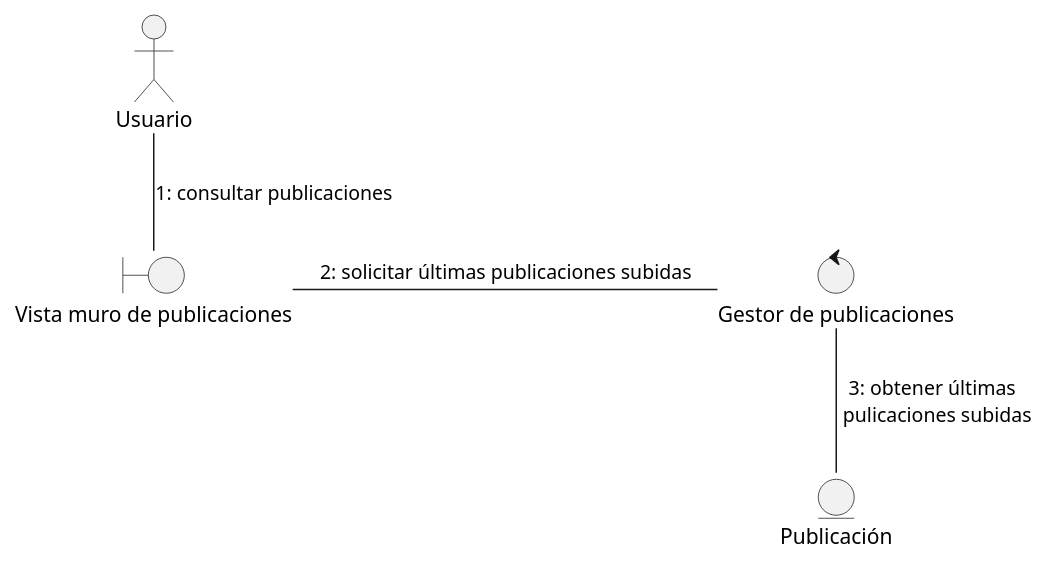
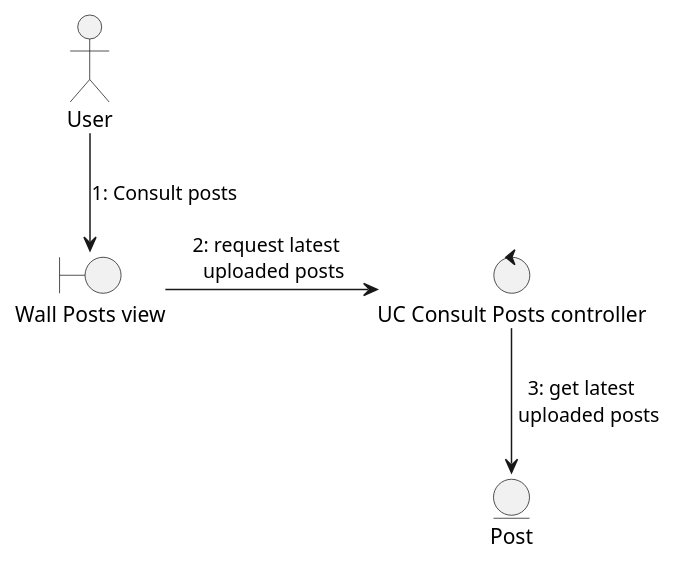
Before and after one commit to Dayannis-07/ING_SOFT: the diagram in docs/scenariosView/collaborationDiagram/useCase-ConsultarPublicaciones.puml, drawn with PlantUML. The commit also changed 24 other files, not shown here.

Commit message:
corrections collaboration & analysisClassDiagram

```diff
--- a/docs/scenariosView/collaborationDiagram/useCase-ConsultarPublicaciones.puml
+++ b/docs/scenariosView/collaborationDiagram/useCase-ConsultarPublicaciones.puml
@@ -1,10 +1,9 @@
 @startuml consultar publicaciones
-actor Usuario
-boundary "Vista muro de publicaciones" as M
-Usuario--M :1: consultar publicaciones
-control "Gestor de publicaciones" as G
-M-r-G :2: solicitar últimas publicaciones subidas
-entity "Publicación" as P
-G--P :3: obtener últimas \n pulicaciones subidas
-
+actor User
+boundary "Wall Posts view" as view
+User-->view :1: Consult posts
+control "UC Consult Posts controller" as controller
+view-r->controller :2: request latest  \n uploaded posts
+entity "Post" as P
+controller-->P :3: get latest  \n uploaded posts
 @enduml
```
